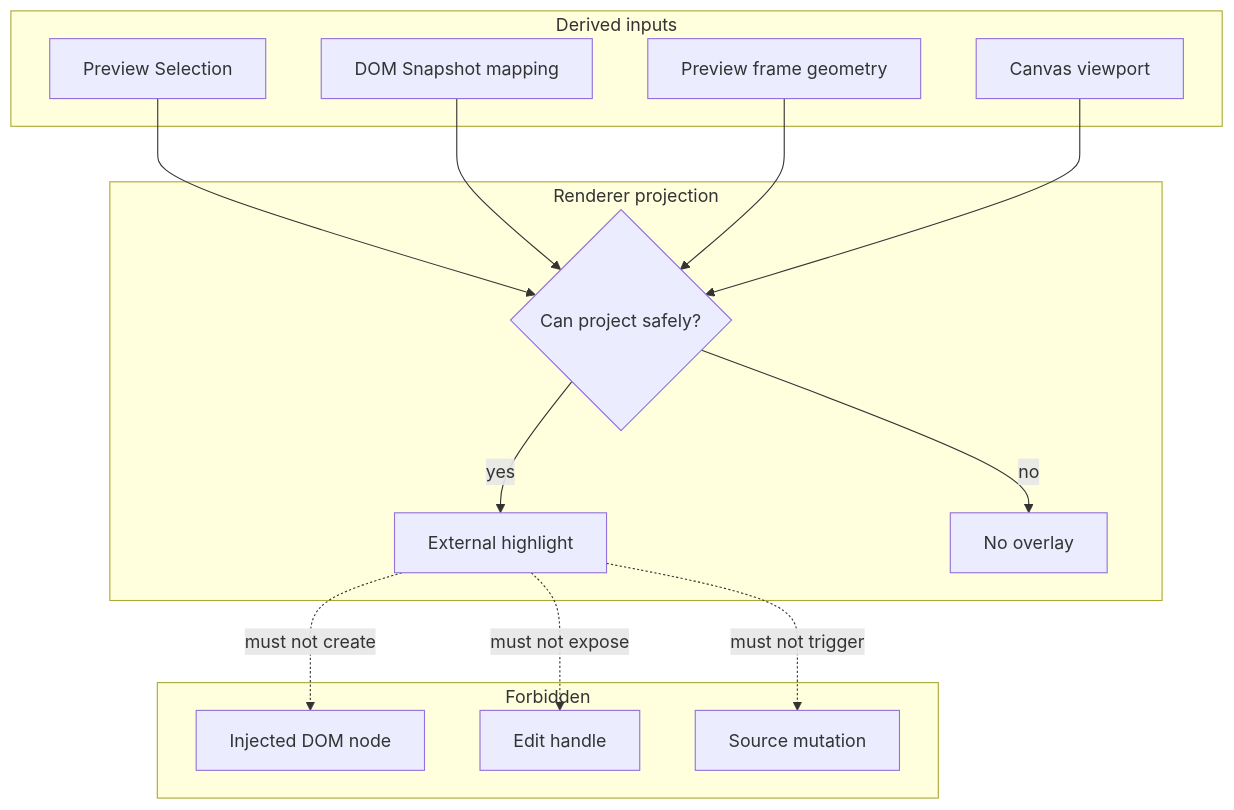
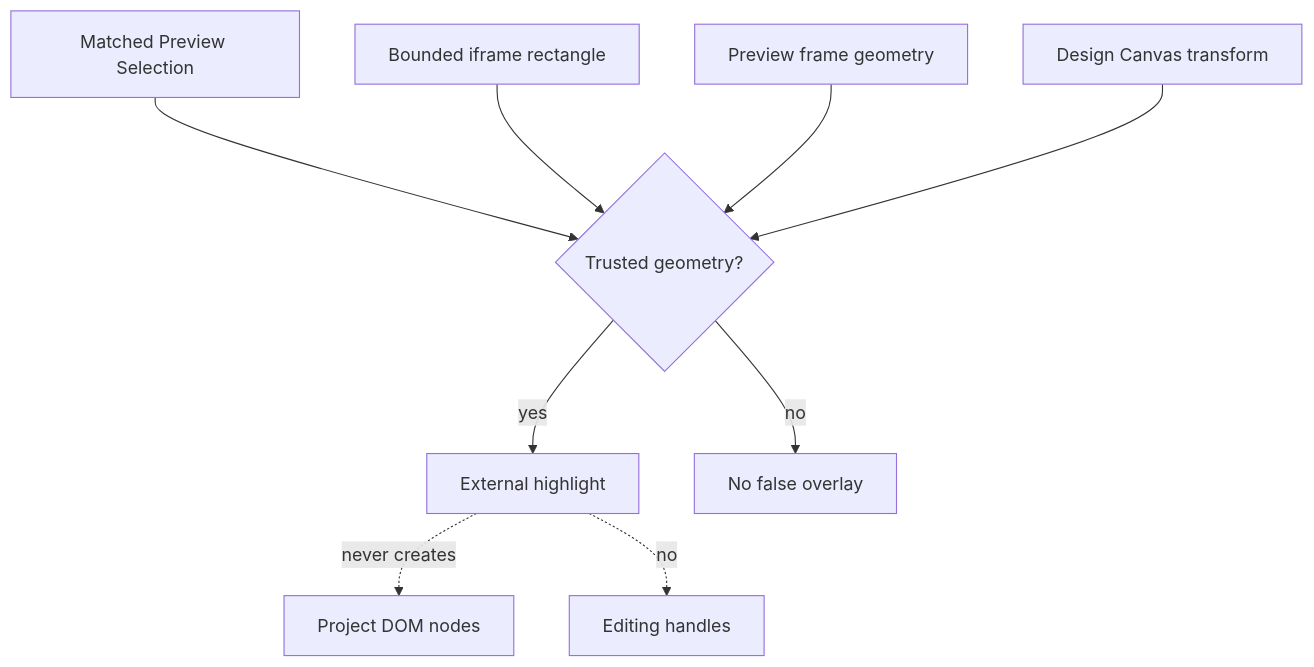
One commit to krestosa/Crystal changed the diagram in docs/architecture/preview/visual-selection-overlay.md. Above: the diagram before and after it, drawn with Mermaid. The commit also changed other lines of this file and 60 other files, not shown here.

````diff
--- a/docs/architecture/preview/visual-selection-overlay.md
+++ b/docs/architecture/preview/visual-selection-overlay.md
@@ -65,31 +46,11 @@
 ```mermaid
 flowchart TD
-  subgraph Inputs[Derived inputs]
-    Selection[Preview Selection]
-    Snapshot[DOM Snapshot mapping]
-    Geometry[Preview frame geometry]
-    Canvas[Canvas viewport]
-  end
-
-  subgraph Projection[Renderer projection]
-    CanProject{Can project safely?}
-    Highlight[External highlight]
-    Empty[No overlay]
-  end
-
-  subgraph Forbidden[Forbidden]
-    DOMNode[Injected DOM node]
-    Handle[Edit handle]
-    Mutation[Source mutation]
-  end
-
-  Selection --> CanProject
-  Snapshot --> CanProject
-  Geometry --> CanProject
-  Canvas --> CanProject
-  CanProject -->|yes| Highlight
-  CanProject -->|no| Empty
-  Highlight -. must not create .-> DOMNode
-  Highlight -. must not expose .-> Handle
-  Highlight -. must not trigger .-> Mutation
+  Selection[Matched Preview Selection] --> Gate{Trusted geometry?}
+  Rect[Bounded iframe rectangle] --> Gate
+  Frame[Preview frame geometry] --> Gate
+  Canvas[Design Canvas transform] --> Gate
+  Gate -->|yes| Overlay[External highlight]
+  Gate -->|no| None[No false overlay]
+  Overlay -. never creates .-> DOM[Project DOM nodes]
+  Overlay -. no .-> Handles[Editing handles]
 ```
````
